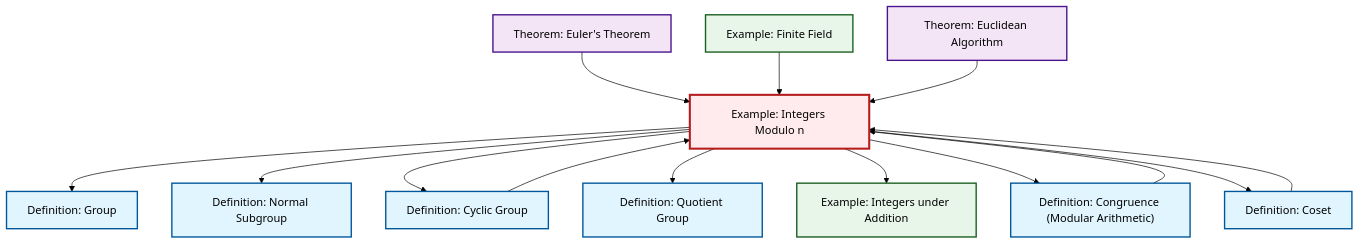
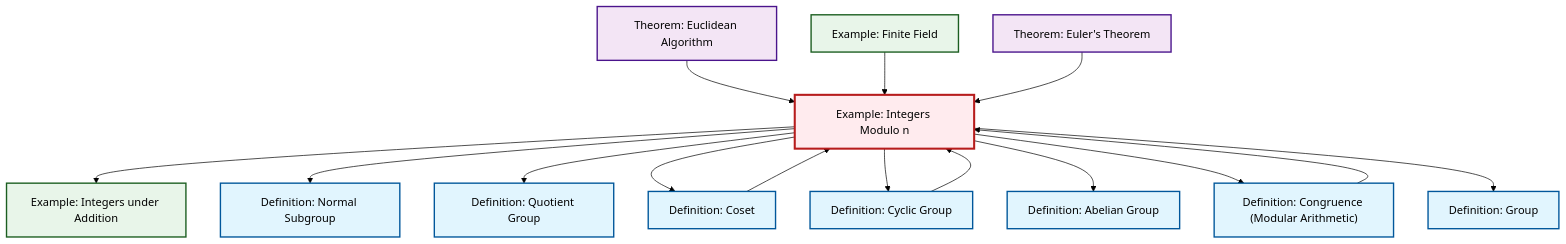
One commit to RK0429/ModernMath changed the diagram in content/en/algebra/ex-quotient-integers-mod-n.qmd. Above: the diagram before and after it, drawn with Mermaid (forest theme). The commit also changed 474 other files, not shown here.

````diff
--- a/content/en/algebra/ex-quotient-integers-mod-n.qmd
+++ b/content/en/algebra/ex-quotient-integers-mod-n.qmd
@@ -121,44 +121,47 @@
 ```{mermaid}
 %%| fig-cap: "Local dependency graph"
 graph TD
     classDef definition fill:#e1f5fe,stroke:#01579b,stroke-width:2px
     classDef theorem fill:#f3e5f5,stroke:#4a148c,stroke-width:2px
     classDef axiom fill:#fff3e0,stroke:#e65100,stroke-width:2px
     classDef example fill:#e8f5e9,stroke:#1b5e20,stroke-width:2px
     classDef current fill:#ffebee,stroke:#b71c1c,stroke-width:3px
-    ex-quotient-integers-mod-n["Example: Integers Modulo n"]:::example
-    ex-finite-field["Example: Finite Field"]:::example
+    thm-euler["Theorem: Euler's Theorem"]:::theorem
+    def-abelian-group["Definition: Abelian Group"]:::definition
+    def-quotient-group["Definition: Quotient Group"]:::definition
+    ex-integers-addition["Example: Integers under Addition"]:::example
+    def-cyclic-group["Definition: Cyclic Group"]:::definition
+    thm-euclidean-algorithm["Theorem: Euclidean Algorithm"]:::theorem
     def-coset["Definition: Coset"]:::definition
     def-group["Definition: Group"]:::definition
-    thm-euclidean-algorithm["Theorem: Euclidean Algorithm"]:::theorem
+    ex-finite-field["Example: Finite Field"]:::example
     def-normal-subgroup["Definition: Normal Subgroup"]:::definition
-    def-quotient-group["Definition: Quotient Group"]:::definition
-    thm-euler["Theorem: Euler's Theorem"]:::theorem
-    ex-integers-addition["Example: Integers under Addition"]:::example
-    def-cyclic-group["Definition: Cyclic Group"]:::definition
     def-congruence["Definition: Congruence (Modular Arithmetic)"]:::definition
-    ex-quotient-integers-mod-n --> def-group
+    ex-quotient-integers-mod-n["Example: Integers Modulo n"]:::example
+    def-coset --> ex-quotient-integers-mod-n
+    ex-quotient-integers-mod-n --> ex-integers-addition
+    thm-euclidean-algorithm --> ex-quotient-integers-mod-n
+    def-congruence --> ex-quotient-integers-mod-n
+    def-cyclic-group --> ex-quotient-integers-mod-n
     ex-quotient-integers-mod-n --> def-normal-subgroup
+    ex-quotient-integers-mod-n --> def-quotient-group
+    ex-finite-field --> ex-quotient-integers-mod-n
+    ex-quotient-integers-mod-n --> def-coset
     ex-quotient-integers-mod-n --> def-cyclic-group
     thm-euler --> ex-quotient-integers-mod-n
-    def-coset --> ex-quotient-integers-mod-n
-    ex-finite-field --> ex-quotient-integers-mod-n
-    thm-euclidean-algorithm --> ex-quotient-integers-mod-n
-    def-cyclic-group --> ex-quotient-integers-mod-n
-    ex-quotient-integers-mod-n --> def-quotient-group
-    def-congruence --> ex-quotient-integers-mod-n
-    ex-quotient-integers-mod-n --> ex-integers-addition
+    ex-quotient-integers-mod-n --> def-abelian-group
     ex-quotient-integers-mod-n --> def-congruence
-    ex-quotient-integers-mod-n --> def-coset
+    ex-quotient-integers-mod-n --> def-group
     class ex-quotient-integers-mod-n current
-    click ex-finite-field "ex-finite-field.html" "Go to Finite Field example"
+    click thm-euler "thm-euler.html" "Go to Euler's Theorem theorem"
+    click def-abelian-group "def-abelian-group.html" "Go to Abelian Group definition"
+    click def-quotient-group "def-quotient-group.html" "Go to Quotient Group definition"
+    click ex-integers-addition "ex-integers-addition.html" "Go to Integers under Addition example"
+    click def-cyclic-group "def-cyclic-group.html" "Go to Cyclic Group definition"
+    click thm-euclidean-algorithm "thm-euclidean-algorithm.html" "Go to Euclidean Algorithm theorem"
     click def-coset "def-coset.html" "Go to Coset definition"
     click def-group "def-group.html" "Go to Group definition"
-    click thm-euclidean-algorithm "thm-euclidean-algorithm.html" "Go to Euclidean Algorithm theorem"
+    click ex-finite-field "ex-finite-field.html" "Go to Finite Field example"
     click def-normal-subgroup "def-normal-subgroup.html" "Go to Normal Subgroup definition"
-    click def-quotient-group "def-quotient-group.html" "Go to Quotient Group definition"
-    click thm-euler "thm-euler.html" "Go to Euler's Theorem theorem"
-    click ex-integers-addition "ex-integers-addition.html" "Go to Integers under Addition example"
-    click def-cyclic-group "def-cyclic-group.html" "Go to Cyclic Group definition"
     click def-congruence "def-congruence.html" "Go to Congruence (Modular Arithmetic) definition"
 ```
````
